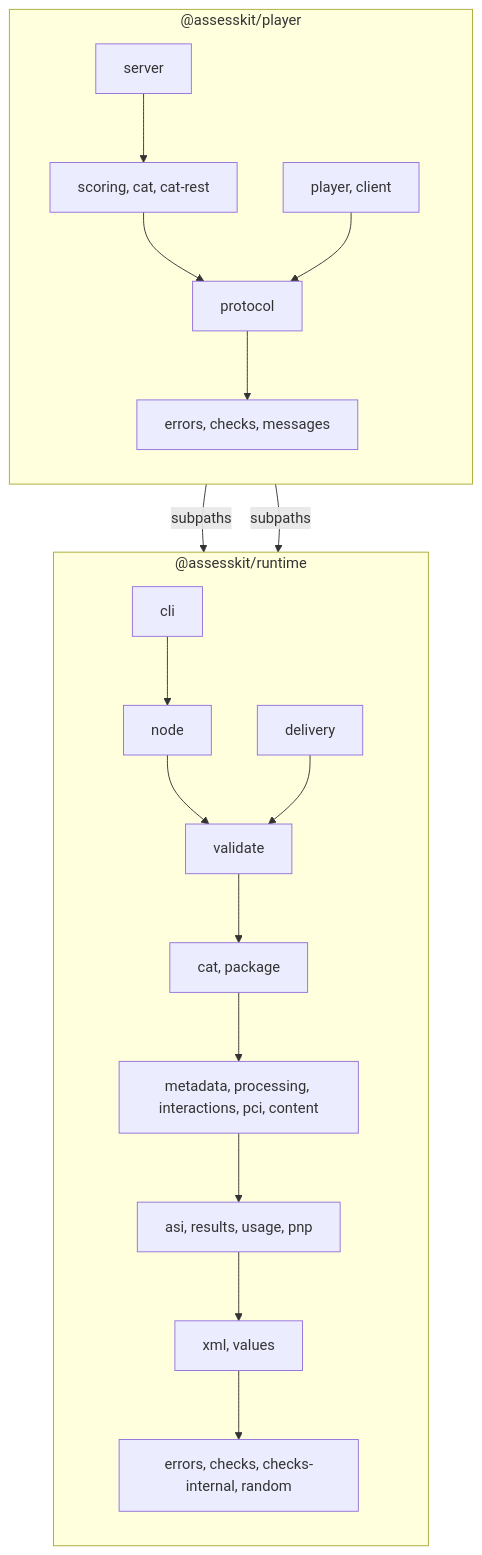
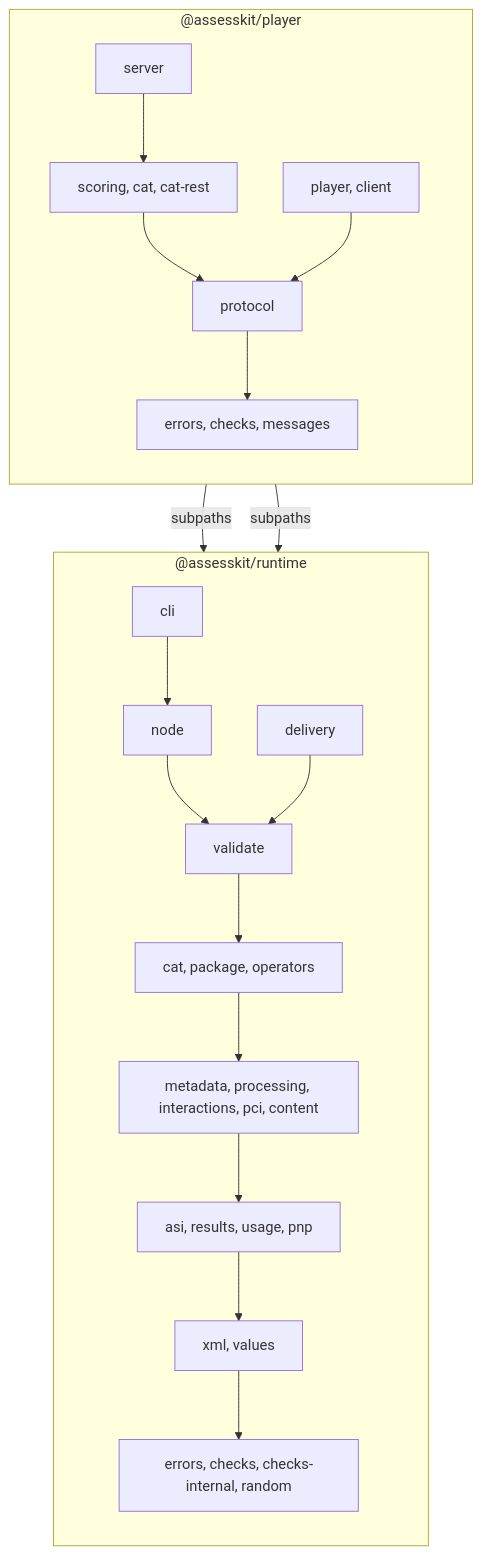
Before and after one commit to assesskit/assesskit: the diagram in docs/runtime/architecture.md, drawn with Mermaid. The commit also changed other lines of this file and 67 other files, not shown here.

````diff
--- a/docs/runtime/architecture.md
+++ b/docs/runtime/architecture.md
@@ -10,24 +10,24 @@
 ```mermaid
 flowchart TD
   subgraph player["@assesskit/player"]
     direction TB
     ps["server"] --> pk["scoring, cat, cat-rest"]
     pb["player, client"]
     pk --> pp["protocol"]
     pb --> pp
     pp --> pm["errors, checks, messages"]
   end
   subgraph runtime["@assesskit/runtime"]
     direction TB
     cli["cli"] --> node["node"]
     node --> validate["validate"]
     delivery["delivery"] --> validate
-    validate --> l5["cat, package"]
+    validate --> l5["cat, package, operators"]
     l5 --> l4["metadata, processing, interactions, pci, content"]
     l4 --> l3["asi, results, usage, pnp"]
     l3 --> l2["xml, values"]
     l2 --> l1["errors, checks, checks-internal, random"]
   end
   pb -->|"subpaths"| delivery
   ps -->|"subpaths"| delivery
 ```
````
